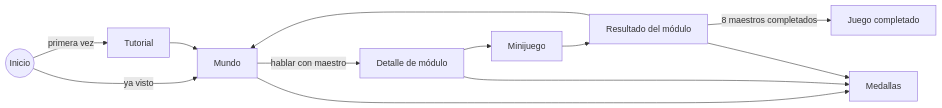
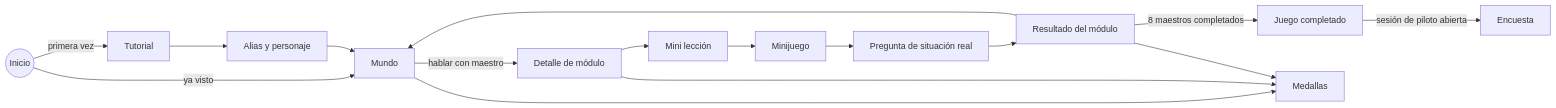
One commit to byckyka/cybertura changed the second of 2 diagrams in README.md. Above: the diagram before and after it, drawn with Mermaid. The commit also changed other lines of this file and 1 other file, not shown here.

````diff
--- a/README.md
+++ b/README.md
@@ -113,12 +121,16 @@
 ```mermaid
 flowchart LR
     START((Inicio)) -->|primera vez| TUT[Tutorial]
     START -->|ya visto| HOME[Mundo]
-    TUT --> HOME
+    TUT --> PF[Alias y personaje]
+    PF --> HOME
     HOME -->|hablar con maestro| MD[Detalle de módulo]
-    MD --> GP[Minijuego]
-    GP --> MR[Resultado del módulo]
+    MD --> LS[Mini lección]
+    LS --> GP[Minijuego]
+    GP --> Q[Pregunta de situación real]
+    Q --> MR[Resultado del módulo]
     MR --> HOME
     MR -->|8 maestros completados| GC[Juego completado]
+    GC -->|sesión de piloto abierta| SV[Encuesta]
     HOME & MD & MR --> BD[Medallas]
 ```
````
